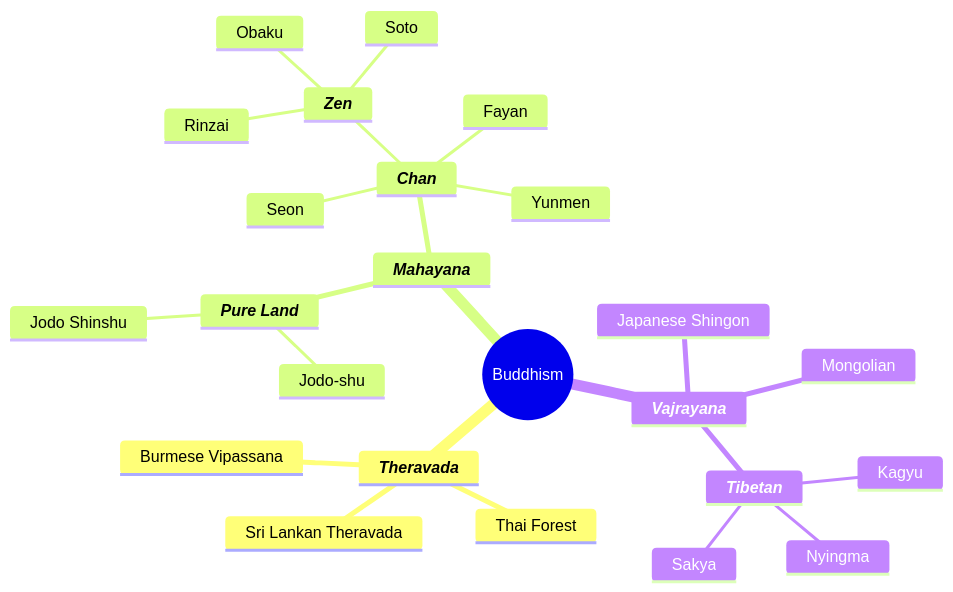
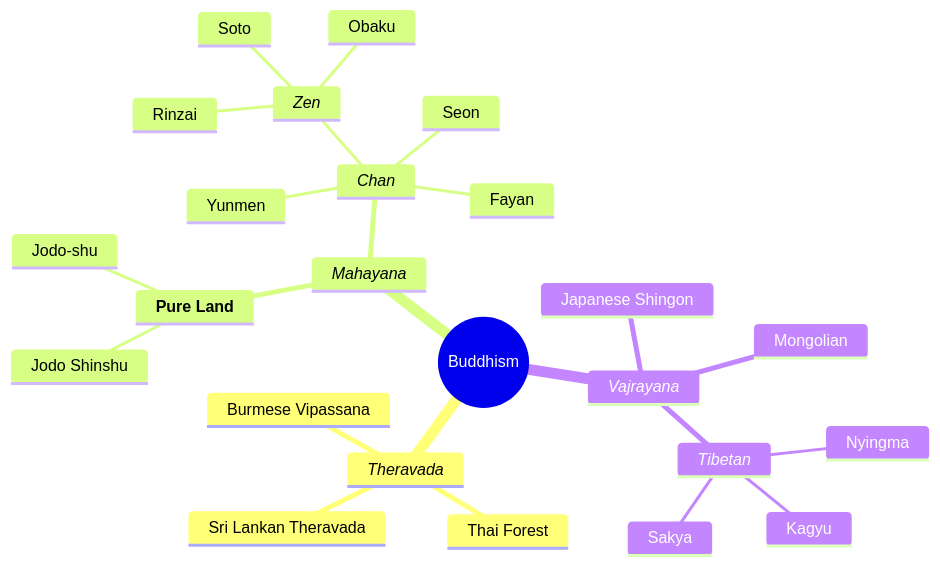
The diagram in docs/buddhism/buddhism.md (bippyboppy/bippyboppy.github.io), drawn with Mermaid before and after one commit. The commit also changed 20 other files, not shown here.

````diff
--- a/docs/buddhism/buddhism.md
+++ b/docs/buddhism/buddhism.md
@@ -6,30 +6,30 @@
 ```mermaid
 mindmap
   root((Buddhism))
-    ***Theravada***
+    *Theravada*
       Thai Forest
       Sri Lankan Theravada
       Burmese Vipassana
 
-    ***Mahayana***
-      ***Pure Land***
+    *Mahayana*
+      **Pure Land**
         Jodo-shu
         Jodo Shinshu
-      ***Chan***
+      *Chan*
         Seon
-        ***Zen***
+        *Zen*
           Rinzai
           Soto
           Obaku
         Yunmen
         Fayan
 
 
-    ***Vajrayana***
-      ***Tibetan***
+    *Vajrayana*
+      *Tibetan*
         Nyingma
         Kagyu
         Sakya
       Mongolian
       Japanese Shingon
 ```
````
